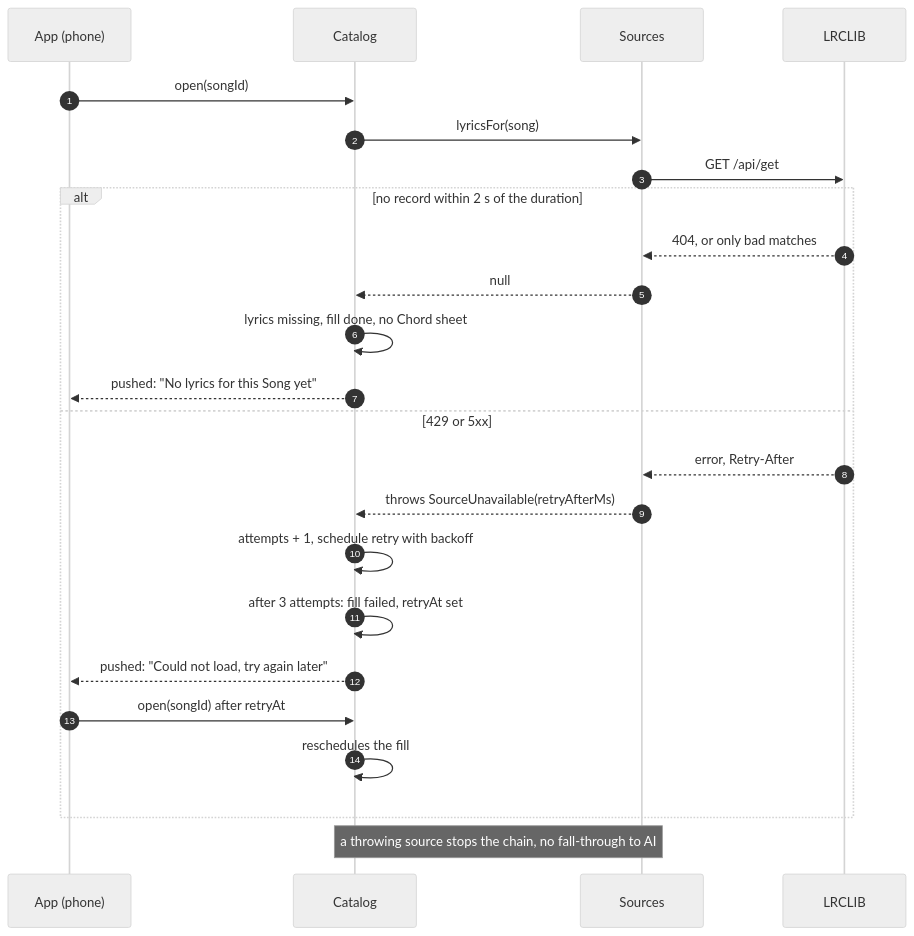
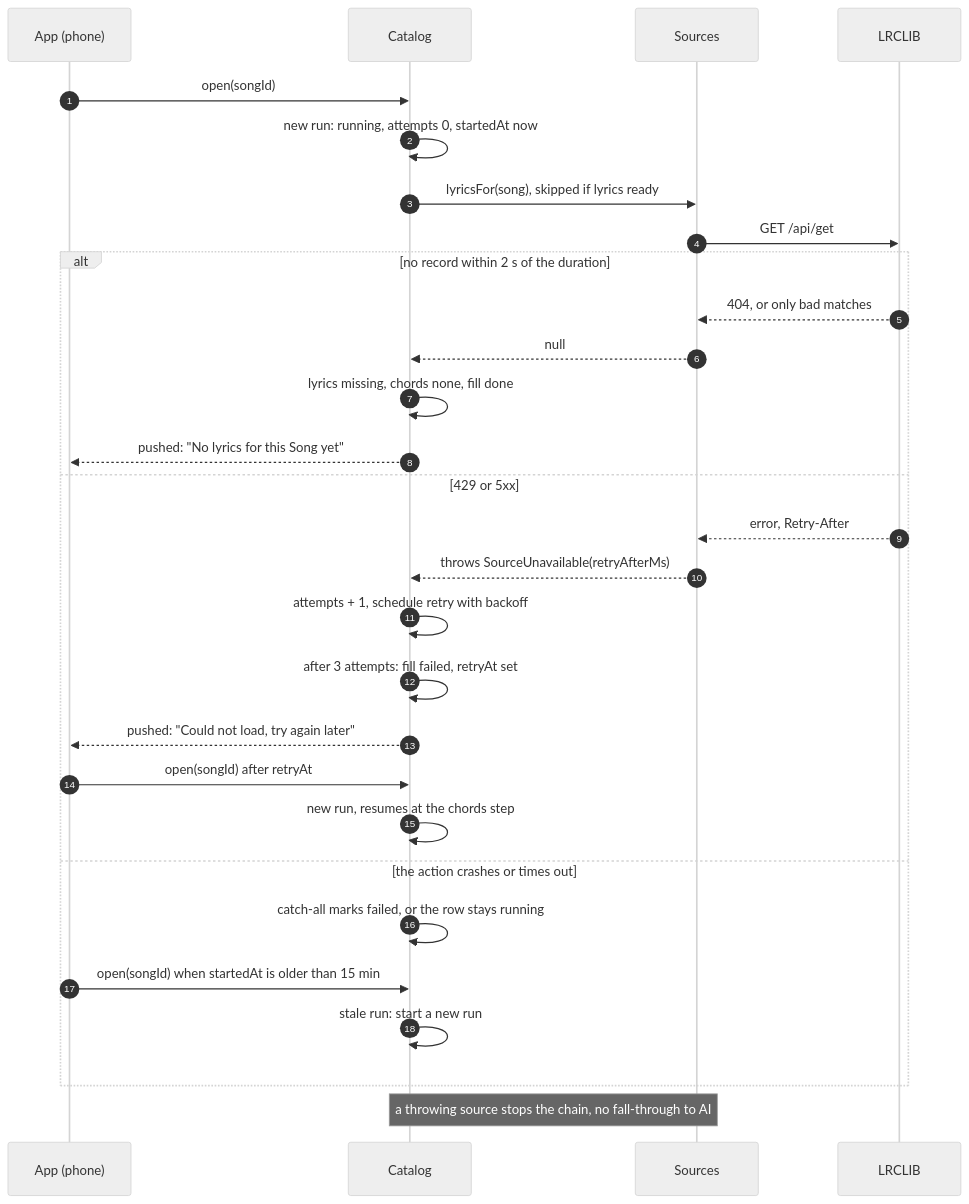
The diagram in docs/architecture/openchords/fill-failure.mmd (Silthus/openchords), drawn with Mermaid (neutral theme) before and after one commit. The commit also changed 12 other files, not shown here.

First line of the commit message:
docs: fix Fable review findings in the architecture

```diff
--- a/docs/architecture/openchords/fill-failure.mmd
+++ b/docs/architecture/openchords/fill-failure.mmd
@@ -1,24 +1,29 @@
 sequenceDiagram
   autonumber
   participant App as App (phone)
   participant Cat as Catalog
   participant Src as Sources
   participant LR as LRCLIB
   App->>Cat: open(songId)
-  Cat->>Src: lyricsFor(song)
+  Cat->>Cat: new run: running, attempts 0, startedAt now
+  Cat->>Src: lyricsFor(song), skipped if lyrics ready
   Src->>LR: GET /api/get
   alt no record within 2 s of the duration
     LR-->>Src: 404, or only bad matches
     Src-->>Cat: null
-    Cat->>Cat: lyrics missing, fill done, no Chord sheet
+    Cat->>Cat: lyrics missing, chords none, fill done
     Cat-->>App: pushed: "No lyrics for this Song yet"
   else 429 or 5xx
     LR-->>Src: error, Retry-After
     Src-->>Cat: throws SourceUnavailable(retryAfterMs)
     Cat->>Cat: attempts + 1, schedule retry with backoff
     Cat->>Cat: after 3 attempts: fill failed, retryAt set
     Cat-->>App: pushed: "Could not load, try again later"
     App->>Cat: open(songId) after retryAt
-    Cat->>Cat: reschedules the fill
+    Cat->>Cat: new run, resumes at the chords step
+  else the action crashes or times out
+    Cat->>Cat: catch-all marks failed, or the row stays running
+    App->>Cat: open(songId) when startedAt is older than 15 min
+    Cat->>Cat: stale run: start a new run
   end
   Note over Cat,Src: a throwing source stops the chain, no fall-through to AI
```
